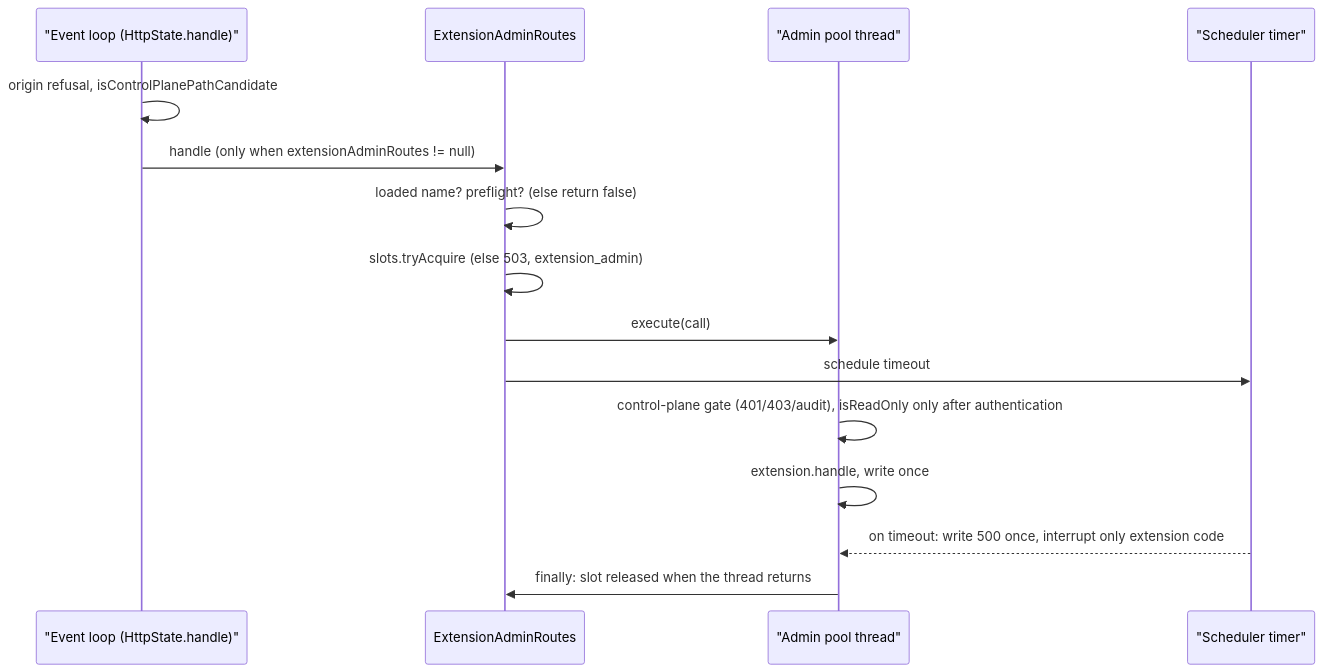
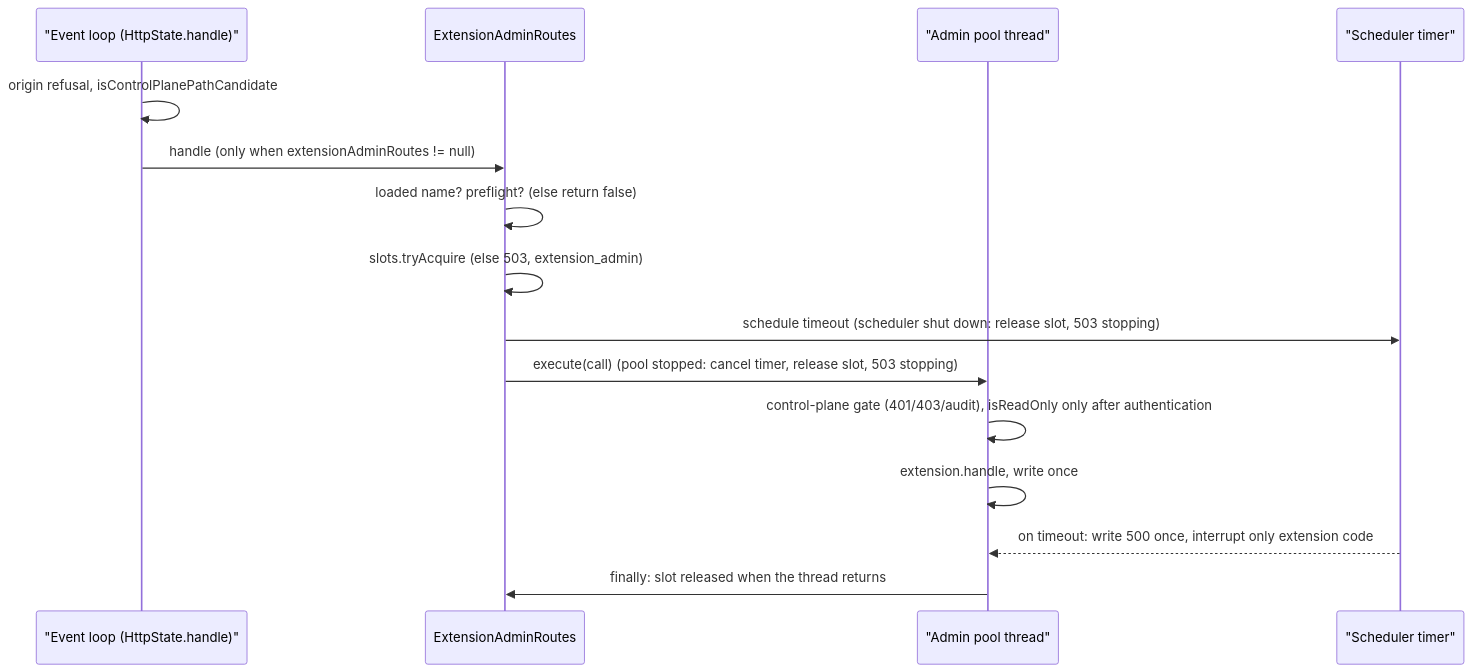
Before and after one commit to mock-server/mockserver-monorepo: the second of 5 diagrams in docs/code/extensions.md, drawn with Mermaid. The commit also changed other lines of this file and 10 other files, not shown here.

````diff
--- a/docs/code/extensions.md
+++ b/docs/code/extensions.md
@@ -189,17 +189,17 @@
 ```mermaid
 sequenceDiagram
     participant EL as "Event loop (HttpState.handle)"
     participant R as ExtensionAdminRoutes
     participant P as "Admin pool thread"
     participant T as "Scheduler timer"
     EL->>EL: origin refusal, isControlPlanePathCandidate
     EL->>R: handle (only when extensionAdminRoutes != null)
     R->>R: loaded name? preflight? (else return false)
     R->>R: slots.tryAcquire (else 503, extension_admin)
-    R->>P: execute(call)
-    R->>T: schedule timeout
+    R->>T: schedule timeout (scheduler shut down: release slot, 503 stopping)
+    R->>P: execute(call) (pool stopped: cancel timer, release slot, 503 stopping)
     P->>P: control-plane gate (401/403/audit), isReadOnly only after authentication
     P->>P: extension.handle, write once
     T-->>P: on timeout: write 500 once, interrupt only extension code
     P->>R: finally: slot released when the thread returns
 ```
````
